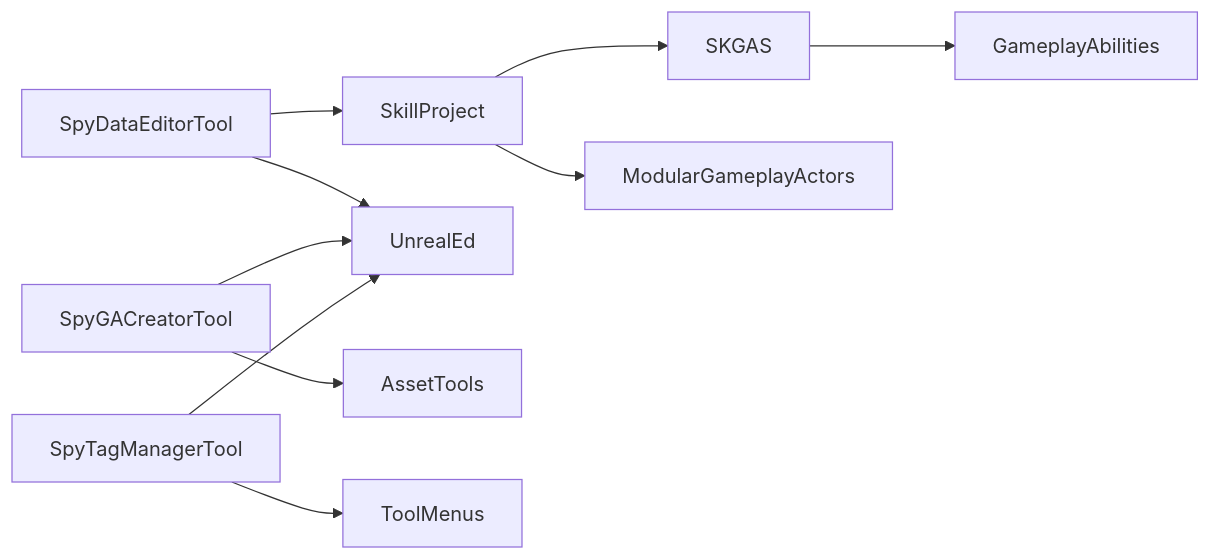
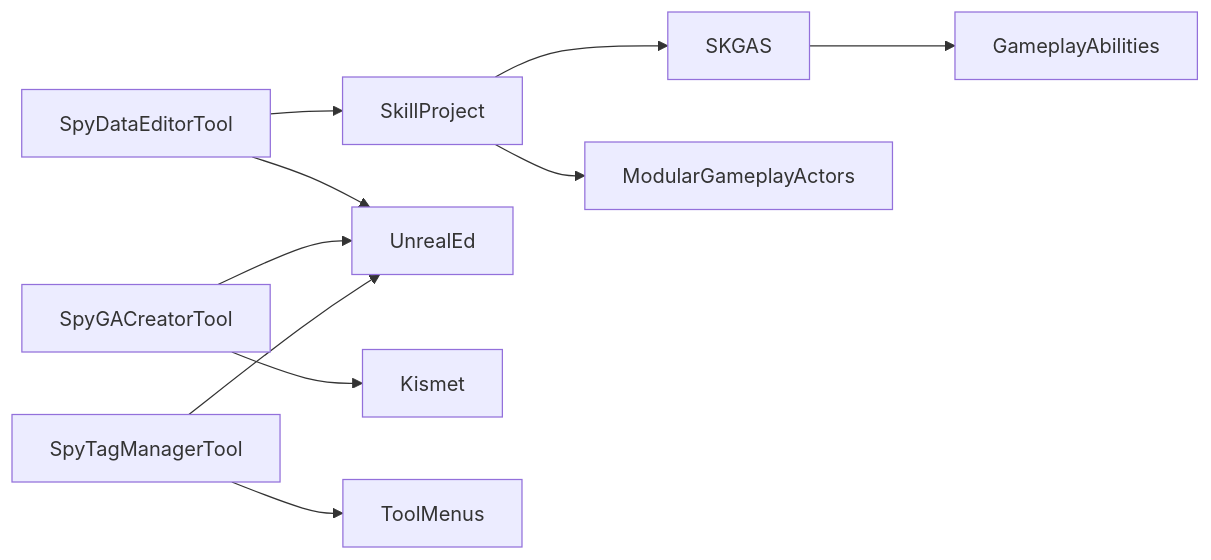
One commit to chvj7567/UnrealSkillProject changed the fifth of 5 diagrams in README.md. Above: the diagram before and after it, drawn with Mermaid. The commit also changed other lines of this file, not shown here.

````diff
--- a/README.md
+++ b/README.md
@@ -583,12 +592,12 @@
 ```mermaid
 graph LR
     SkillProject --> SKGAS
     SkillProject --> ModularGameplayActors
     SKGAS --> GameplayAbilities
     SpyDataEditorTool --> SkillProject
     SpyDataEditorTool --> UnrealEd
     SpyGACreatorTool --> UnrealEd
-    SpyGACreatorTool --> AssetTools
+    SpyGACreatorTool --> Kismet
     SpyTagManagerTool --> UnrealEd
     SpyTagManagerTool --> ToolMenus
 ```
````
